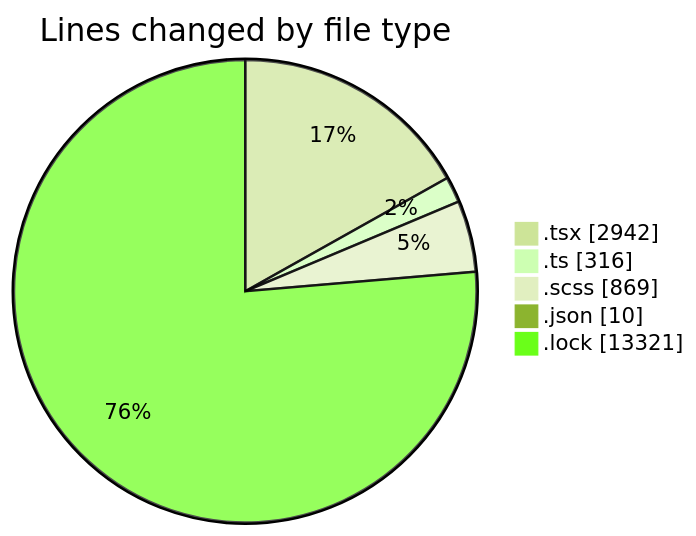
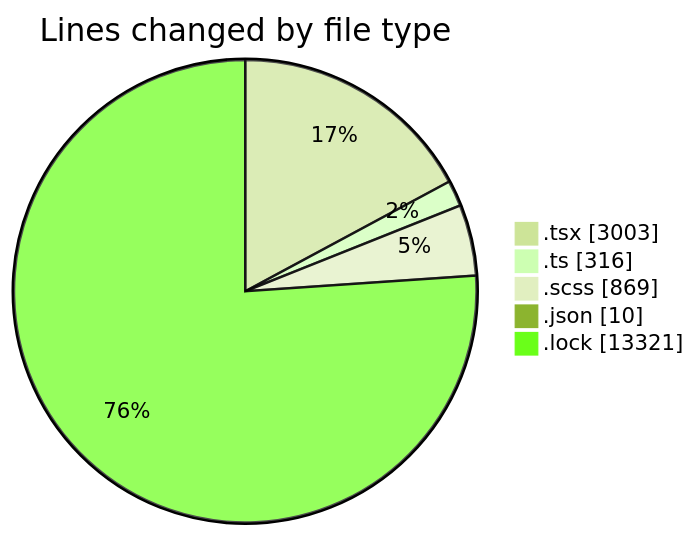
Before and after one commit to momahboobian/code-tracking: the first of 2 diagrams in 2025-02-12/cda/README.md, drawn with Mermaid (forest theme). The commit also changed other lines of this file and 1 other file, not shown here.

````diff
--- a/2025-02-12/cda/README.md
+++ b/2025-02-12/cda/README.md
@@ -34,9 +34,9 @@
 ```mermaid
 pie showData
 title Lines changed by file type
-".tsx" : 2942
+".tsx" : 3003
 ".ts" : 316
 ".scss" : 869
 ".json" : 10
 ".lock" : 13321
 ```
````
